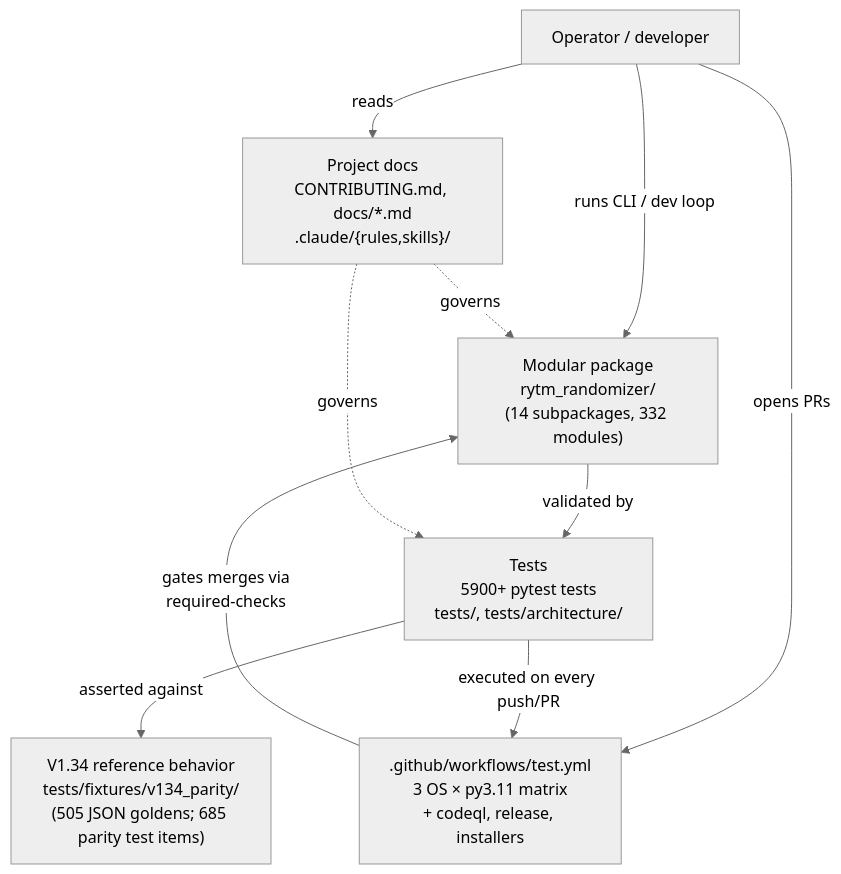
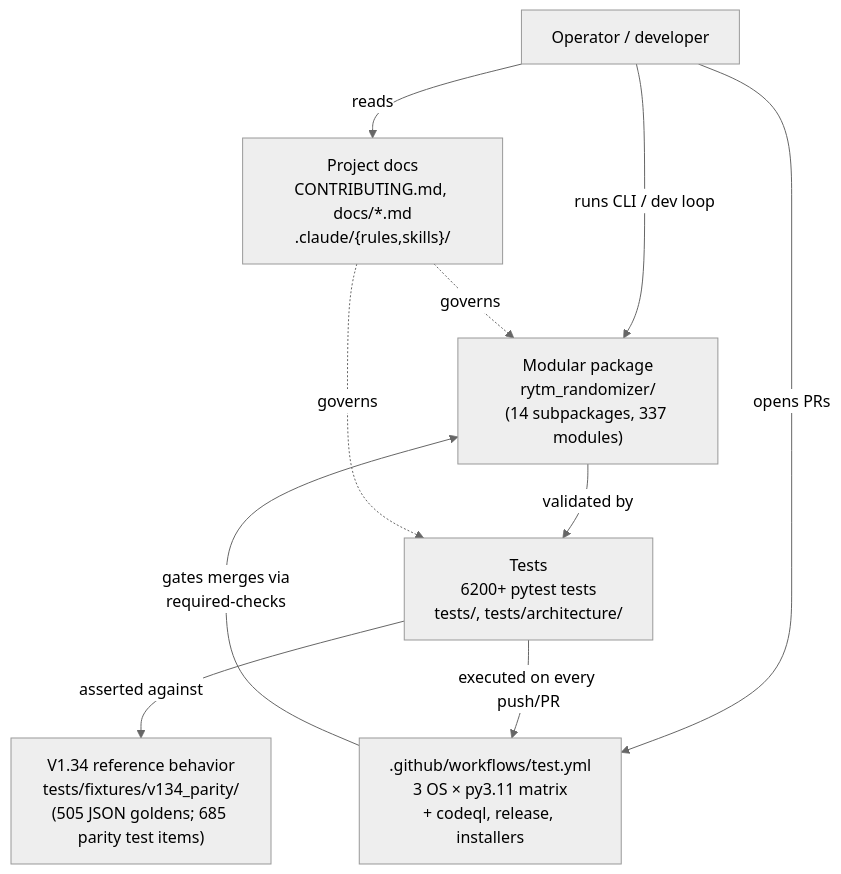
Before and after one commit to buzzijose-hub/RytmRandomizer: the first of 34 diagrams in docs/ARCHITECTURE_DIAGRAMS.md, drawn with Mermaid (neutral theme). The commit also changed other lines of this file and 39 other files, not shown here.

````diff
--- a/docs/ARCHITECTURE_DIAGRAMS.md
+++ b/docs/ARCHITECTURE_DIAGRAMS.md
@@ -49,22 +50,22 @@
 ```mermaid
 flowchart TB
     User["Operator / developer"]
     V134["V1.34 reference behavior<br/>tests/fixtures/v134_parity/<br/>(505 JSON goldens; 685 parity test items)"]
-    Package["Modular package<br/>rytm_randomizer/<br/>(14 subpackages, 332 modules)"]
-    Tests["Tests<br/>5900+ pytest tests<br/>tests/, tests/architecture/"]
+    Package["Modular package<br/>rytm_randomizer/<br/>(14 subpackages, 337 modules)"]
+    Tests["Tests<br/>6200+ pytest tests<br/>tests/, tests/architecture/"]
     CI[".github/workflows/test.yml<br/>3 OS × py3.11 matrix<br/>+ codeql, release, installers"]
     Docs["Project docs<br/>CONTRIBUTING.md, docs/*.md<br/>.claude/{rules,skills}/"]
 
     User -->|"runs CLI / dev loop"| Package
     User -->|"opens PRs"| CI
     User -->|"reads"| Docs
 
     Package -->|"validated by"| Tests
     Tests -->|"asserted against"| V134
     Tests -->|"executed on every push/PR"| CI
 
     CI -->|"gates merges via<br/>required-checks"| Package
 
     Docs -.->|"governs"| Package
     Docs -.->|"governs"| Tests
 ```
````
